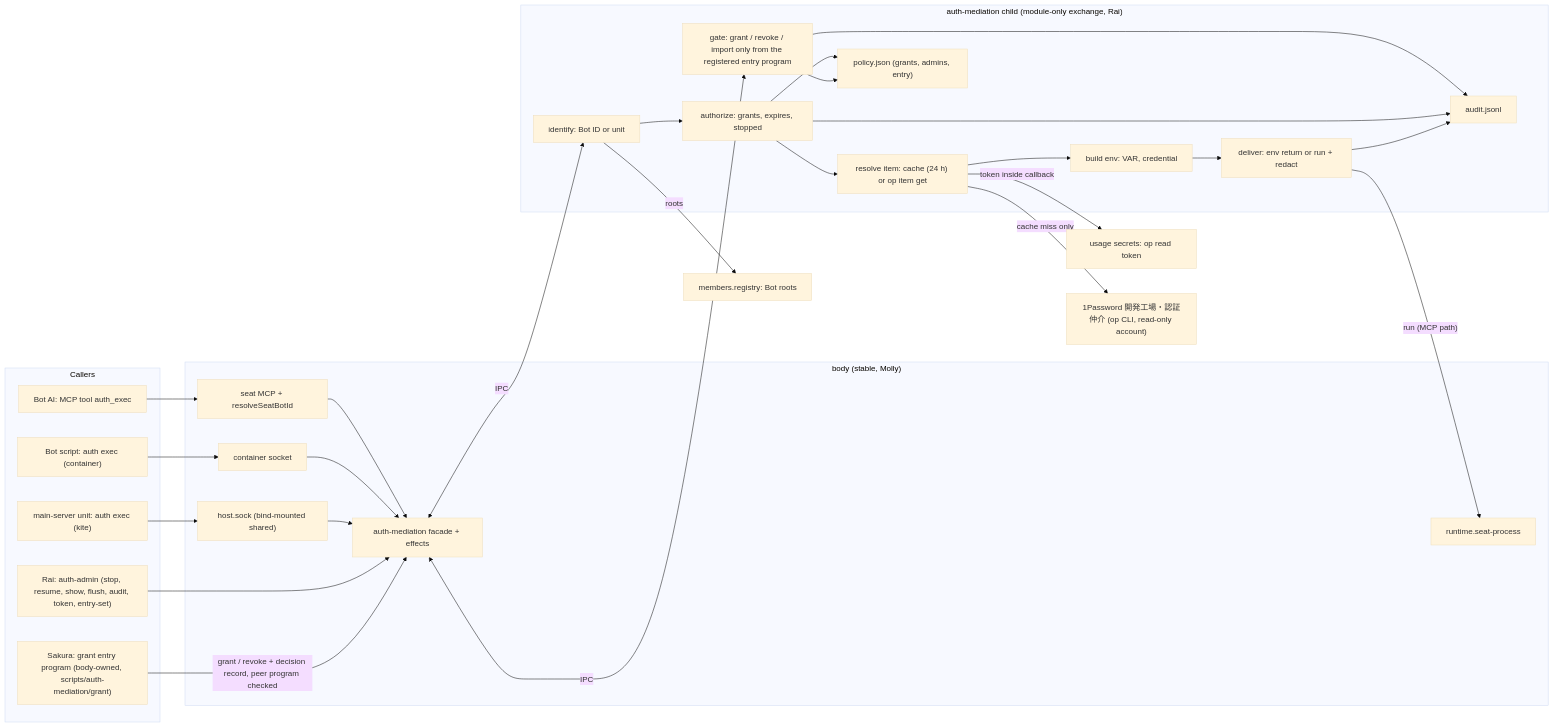
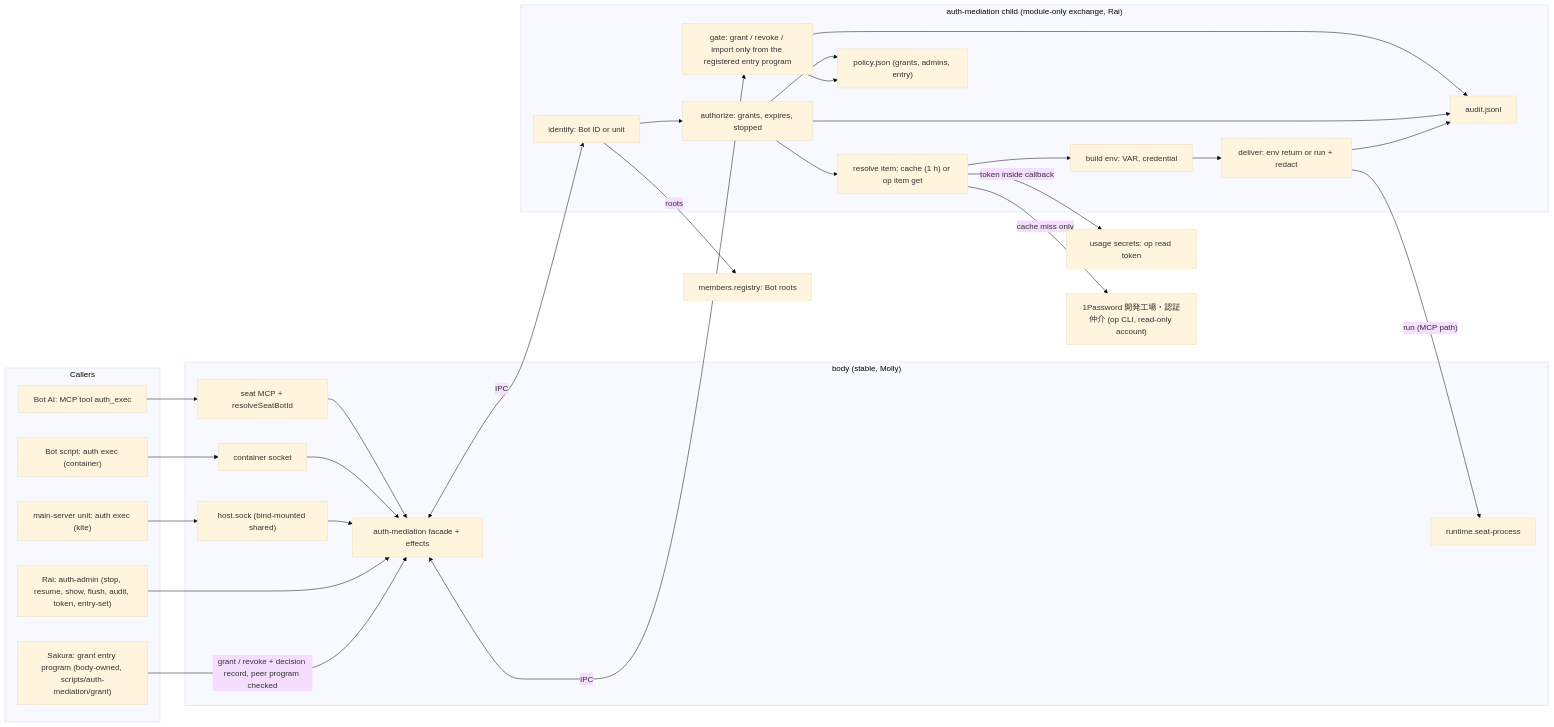
The first of 2 diagrams in docs/architecture/modules/auth-mediation/README.md (kitepon/BellTeam), drawn with Mermaid (base theme) before and after one commit. The commit also changed other lines of this file and 2 other files, not shown here.

First line of the commit message:
auth-mediation: default cache_seconds back to 3600 (authmed-cache-1h)

````diff
--- a/docs/architecture/modules/auth-mediation/README.md
+++ b/docs/architecture/modules/auth-mediation/README.md
@@ -76,45 +76,45 @@
 ```mermaid
 flowchart LR
   subgraph Callers
     AI["Bot AI: MCP tool auth_exec"]
     Script["Bot script: auth exec (container)"]
     Host["main-server unit: auth exec (kite)"]
     Admin["Rai: auth-admin (stop, resume, show, flush, audit, token, entry-set)"]
     Entry["Sakura: grant entry program (body-owned, scripts/auth-mediation/grant)"]
   end
   subgraph Body["body (stable, Molly)"]
     MCP["seat MCP + resolveSeatBotId"]
     SeatSock["container socket"]
     HostSock["host.sock (bind-mounted shared)"]
     Facade["auth-mediation facade + effects"]
     Runner["runtime.seat-process"]
   end
   subgraph Child["auth-mediation child (module-only exchange, Rai)"]
     Ident["identify: Bot ID or unit"]
     Auth["authorize: grants, expires, stopped"]
-    Items["resolve item: cache (24 h) or op item get"]
+    Items["resolve item: cache (1 h) or op item get"]
     Env["build env: VAR, credential"]
     Deliver["deliver: env return or run + redact"]
     Audit["audit.jsonl"]
     Policy["policy.json (grants, admins, entry)"]
     Gate["gate: grant / revoke / import only from the registered entry program"]
   end
   Usage["usage secrets: op read token"]
   Members["members.registry: Bot roots"]
   OP["1Password 開発工場・認証仲介 (op CLI, read-only account)"]
   AI --> MCP --> Facade
   Script --> SeatSock --> Facade
   Host --> HostSock --> Facade
   Admin --> Facade
   Entry -->|"grant / revoke + decision record, peer program checked"| Facade
   Facade <-->|IPC| Ident --> Auth --> Items --> Env --> Deliver
   Auth --> Policy
   Facade <-->|IPC| Gate --> Policy
   Gate --> Audit
   Items -->|cache miss only| OP
   Items -->|token inside callback| Usage
   Ident -->|roots| Members
   Deliver -->|"run (MCP path)"| Runner
   Auth --> Audit
   Deliver --> Audit
 ```
````
